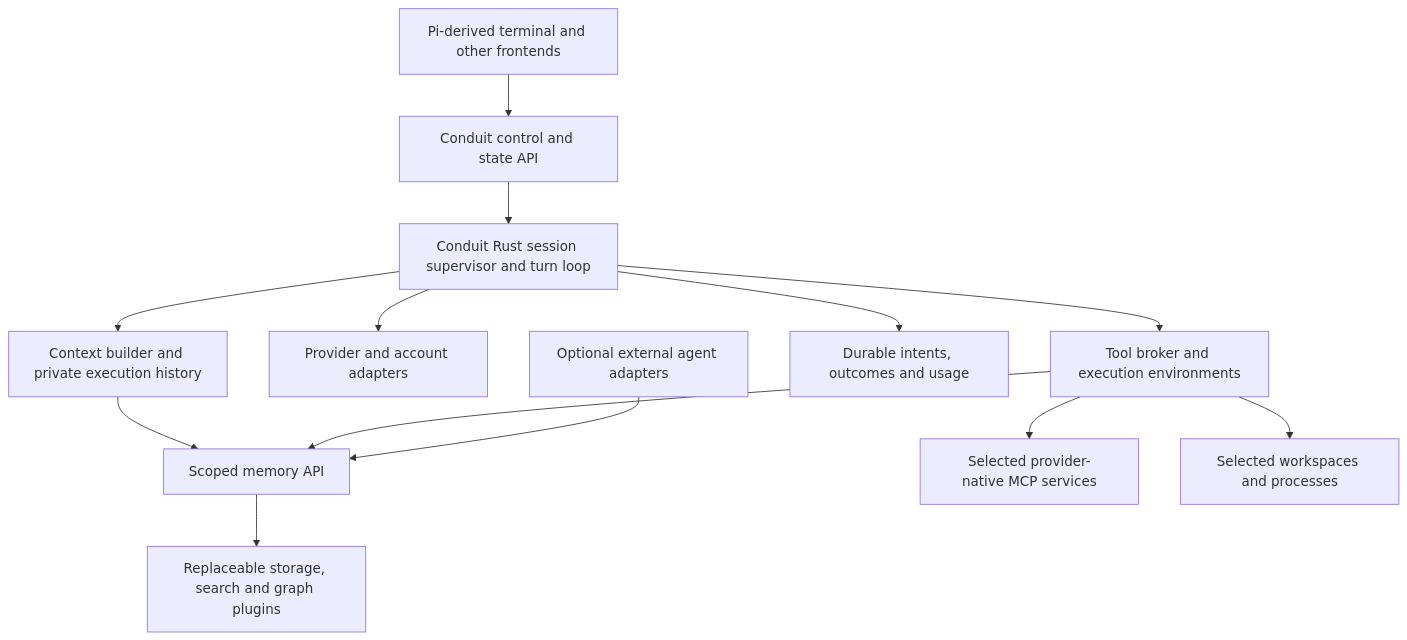
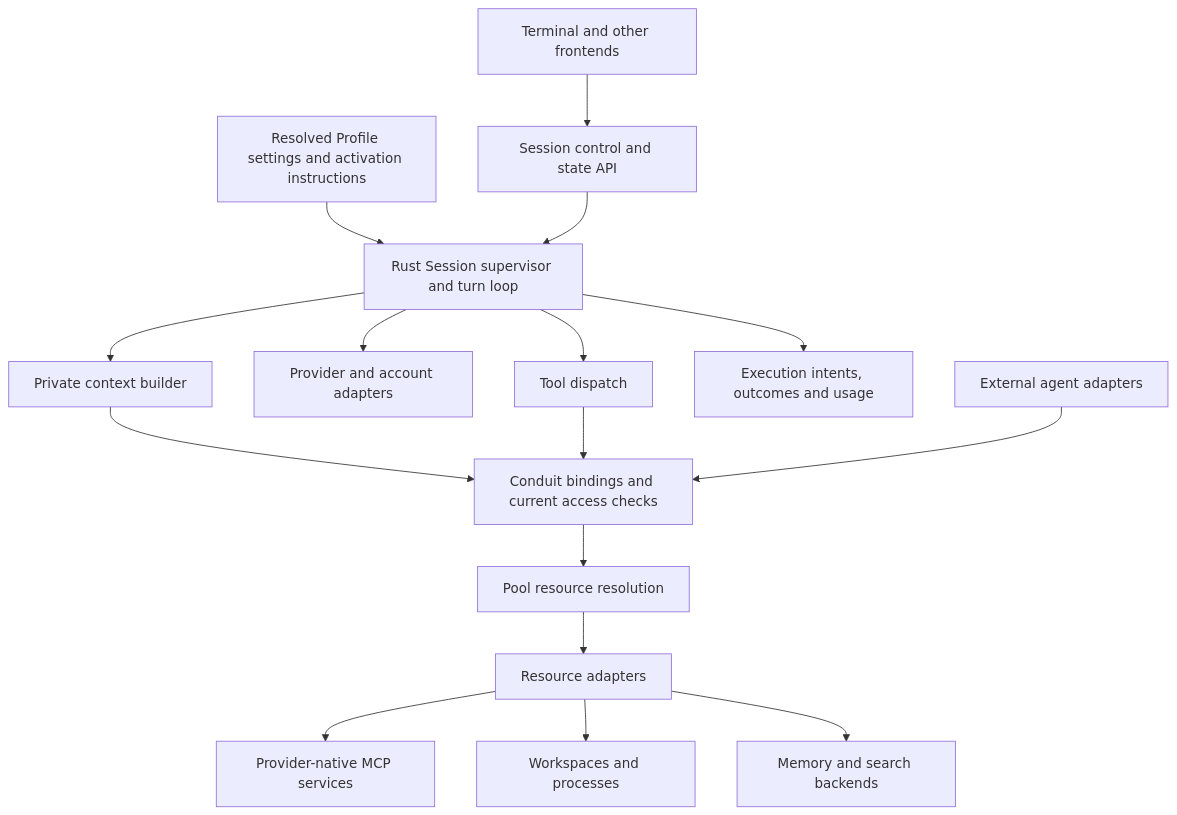
The diagram in RESEARCH_PI.md (shrav-k/conduit), drawn with Mermaid before and after one commit. The commit also changed other lines of this file and 4 other files, not shown here.

Commit message:
Consolidate docs around Profiles Sessions Resources Pools and Conduits

````diff
--- a/RESEARCH_PI.md
+++ b/RESEARCH_PI.md
@@ -422,15 +427,18 @@
 ```mermaid
 flowchart TB
-    UI[Pi-derived terminal and other frontends] --> API[Conduit control and state API]
-    API --> Runtime[Conduit Rust session supervisor and turn loop]
-    Runtime --> Context[Context builder and private execution history]
+    UI[Terminal and other frontends] --> API[Session control and state API]
+    Profiles[Resolved Profile settings and activation instructions] --> Runtime
+    API --> Runtime[Rust Session supervisor and turn loop]
+    Runtime --> Context[Private context builder]
     Runtime --> Providers[Provider and account adapters]
-    Runtime --> Broker[Tool broker and execution environments]
-    Runtime --> Store[Durable intents, outcomes and usage]
-    Context --> Memory[Scoped memory API]
-    Broker --> MCP[Selected provider-native MCP services]
-    Broker --> Files[Selected workspaces and processes]
-    Broker --> Memory
-    Memory --> Backends[Replaceable storage, search and graph plugins]
-    External[Optional external agent adapters] --> Memory
+    Runtime --> Broker[Tool dispatch]
+    Runtime --> Store[Execution intents, outcomes and usage]
+    Context --> Bindings[Conduit bindings and current access checks]
+    Broker --> Bindings
+    External[External agent adapters] --> Bindings
+    Bindings --> Pools[Pool resource resolution]
+    Pools --> Adapters[Resource adapters]
+    Adapters --> MCP[Provider-native MCP services]
+    Adapters --> Files[Workspaces and processes]
+    Adapters --> Memory[Memory and search backends]
 ```
````
